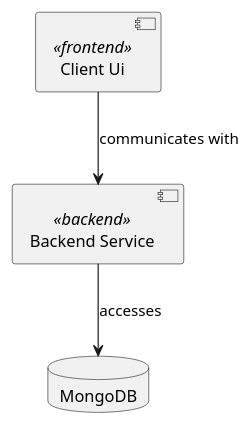
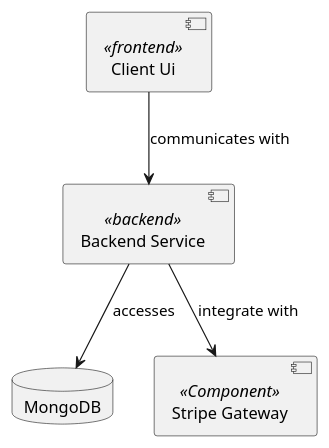
The diagram in user_stories/golden_puml/component/component_Structural_Case_20.puml (qamaruddin-qureshi/fyp-uml-diagram-generator), drawn with PlantUML before and after one commit. The commit also changed 22 other files, not shown here.

First line of the commit message:
feat: Enhance component diagram extraction with robust NLP and model optimization

```diff
--- a/user_stories/golden_puml/component/component_Structural_Case_20.puml
+++ b/user_stories/golden_puml/component/component_Structural_Case_20.puml
@@ -1,8 +1,10 @@
 @startuml
 skinparam componentStyle uml2
 component "Client Ui" <<frontend>> as ClientUi
 component "Backend Service" <<backend>> as BackendService
 database "MongoDB" as MongoDB
+component "Stripe Gateway" <<Component>> as StripeGateway
 ClientUi --> BackendService : communicates with
 BackendService --> MongoDB : accesses
+BackendService --> StripeGateway : integrate with
 @enduml
```
